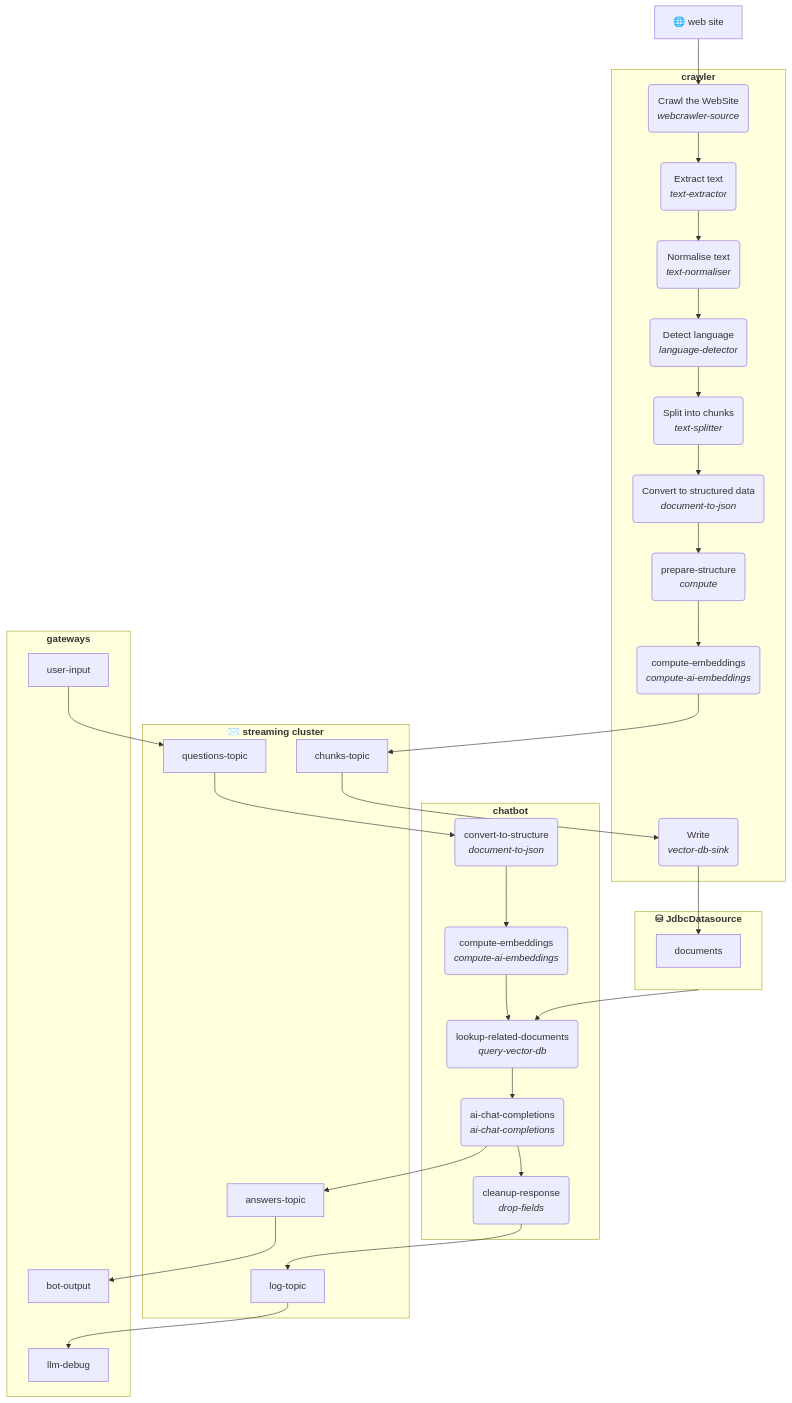
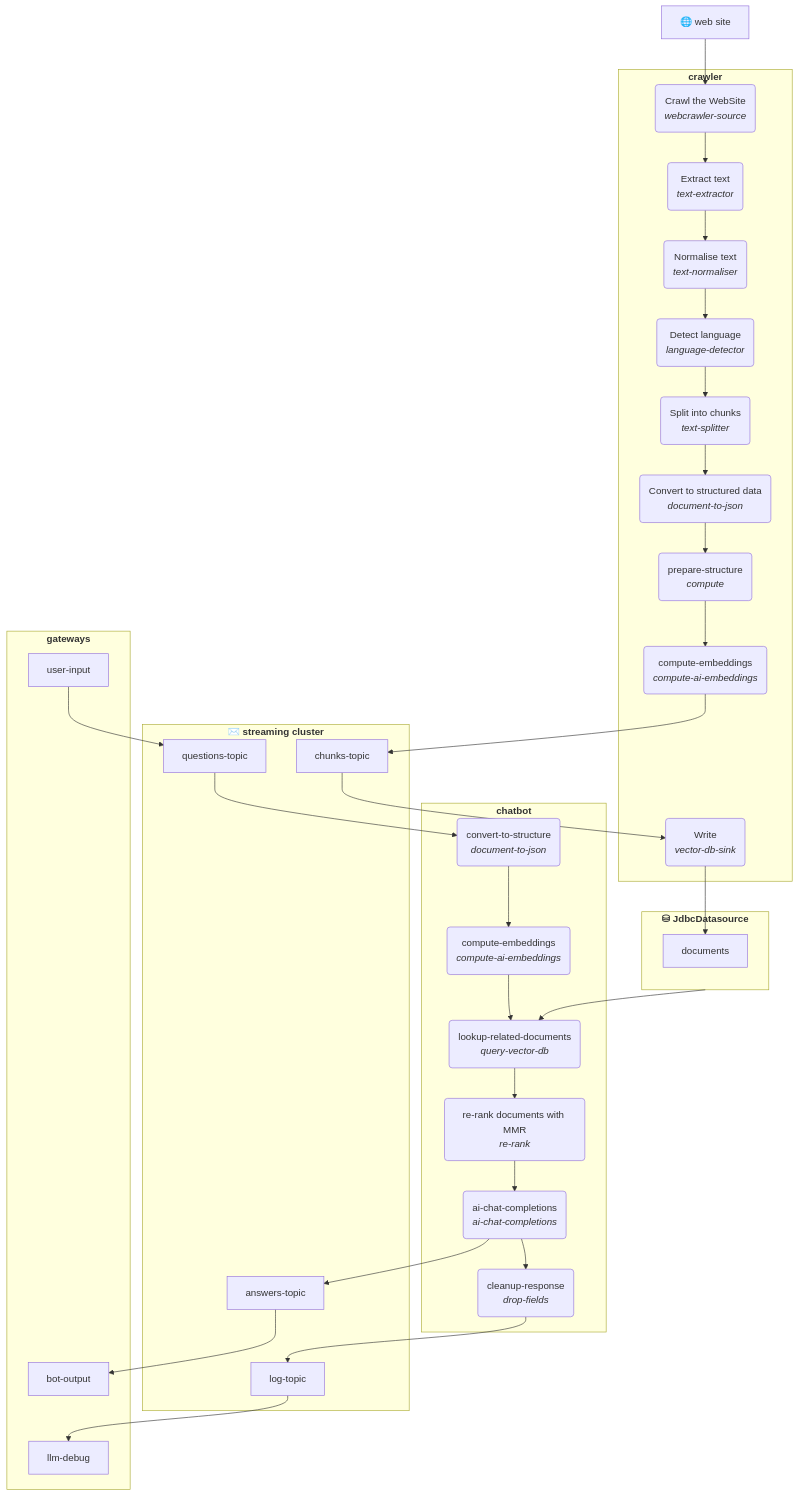
One commit to vectorize-io/langstream changed the diagram in examples/applications/docker-chatbot/README.md. Above: the diagram before and after it, drawn with Mermaid.

Commit message:
Update docker-chatbot chart (#521)

````diff
--- a/examples/applications/docker-chatbot/README.md
+++ b/examples/applications/docker-chatbot/README.md
@@ -48,48 +48,49 @@
 ```mermaid
 flowchart TB
 
   subgraph JdbcDatasource["<b>⛁ JdbcDatasource</b>"]
     documents
   end
 
   subgraph streaming-cluster["<b>✉️ streaming cluster</b>"]
     questions-topic
     answers-topic
     log-topic
     chunks-topic
   end
 
   subgraph gateways["<b>gateways</b>"]
     user-input --> questions-topic
     answers-topic --> bot-output
     log-topic --> llm-debug
   end
 
   subgraph chatbot["<b>chatbot</b>"]
     A("convert-to-structure<br><i>document-to-json</i>") --> B
     B("compute-embeddings<br><i>compute-ai-embeddings</i>") --> C
     C("lookup-related-documents<br><i>query-vector-db</i>") --> D
-    D("ai-chat-completions<br><i>ai-chat-completions</i>") --> E
-    E("cleanup-response<br><i>drop-fields</i>")
+    D("re-rank documents with MMR<br><i>re-rank</i>") --> E
+    E("ai-chat-completions<br><i>ai-chat-completions</i>") --> F
+    F("cleanup-response<br><i>drop-fields</i>")
   end
   questions-topic --> A
   JdbcDatasource --> C
-  D --> answers-topic
-  E --> log-topic
+  E --> answers-topic
+  F --> log-topic
 
   subgraph crawler["<b>crawler</b>"]
-    F("Crawl the WebSite<br><i>webcrawler-source</i>") --> G
-    G("Extract text<br><i>text-extractor</i>") --> H
-    H("Normalise text<br><i>text-normaliser</i>") --> I
-    I("Detect language<br><i>language-detector</i>") --> J
-    J("Split into chunks<br><i>text-splitter</i>") --> K
-    K("Convert to structured data<br><i>document-to-json</i>") --> L
-    L("prepare-structure<br><i>compute</i>") --> M
-    M("compute-embeddings<br><i>compute-ai-embeddings</i>")
-    N("Write<br><i>vector-db-sink</i>")
+    G("Crawl the WebSite<br><i>webcrawler-source</i>") --> H
+    H("Extract text<br><i>text-extractor</i>") --> I
+    I("Normalise text<br><i>text-normaliser</i>") --> J
+    J("Detect language<br><i>language-detector</i>") --> K
+    K("Split into chunks<br><i>text-splitter</i>") --> L
+    L("Convert to structured data<br><i>document-to-json</i>") --> M
+    M("prepare-structure<br><i>compute</i>") --> N
+    N("compute-embeddings<br><i>compute-ai-embeddings</i>")
+    O("Write<br><i>vector-db-sink</i>")
   end
-  O["🌐 web site"] --> F
-  M --> chunks-topic
-  chunks-topic --> N
-  N --> documents
+  P["🌐 web site"] --> G
+  N --> chunks-topic
+  chunks-topic --> O
+  O --> documents
 ```
````
